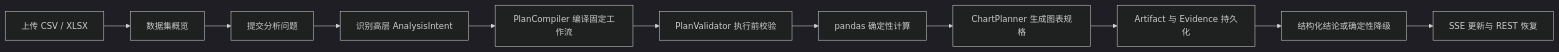
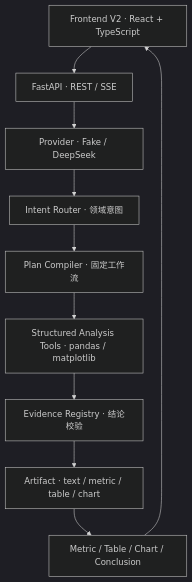
The diagram in README.md (SiHuoqwq/ai-data-analyst), drawn with Mermaid (dark theme) before and after one commit. The commit also changed other lines of this file, not shown here.

````diff
--- a/README.md
+++ b/README.md
@@ -52,13 +72,22 @@
 ```mermaid
-flowchart LR
-    A["上传 CSV / XLSX"] --> B["数据集概览"]
-    B --> C["提交分析问题"]
-    C --> D["识别高层 AnalysisIntent"]
-    D --> E["PlanCompiler 编译固定工作流"]
-    E --> F["PlanValidator 执行前校验"]
-    F --> G["pandas 确定性计算"]
-    G --> H["ChartPlanner 生成图表规格"]
-    H --> I["Artifact 与 Evidence 持久化"]
-    I --> J["结构化结论或确定性降级"]
-    J --> K["SSE 更新与 REST 恢复"]
+flowchart TB
+    UI["Frontend V2 · React + TypeScript"]
+    API["FastAPI · REST / SSE"]
+    PROVIDER["Provider · Fake / DeepSeek"]
+    INTENT["Intent Router · 领域意图"]
+    PLAN["Plan Compiler · 固定工作流"]
+    TOOLS["Structured Analysis Tools · pandas / matplotlib"]
+    EVIDENCE["Evidence Registry · 结论校验"]
+    ARTIFACT["Artifact · text / metric / table / chart"]
+    RESULT["Metric / Table / Chart / Conclusion"]
+
+    UI --> API
+    API --> PROVIDER
+    PROVIDER --> INTENT
+    INTENT --> PLAN
+    PLAN --> TOOLS
+    TOOLS --> EVIDENCE
+    EVIDENCE --> ARTIFACT
+    ARTIFACT --> RESULT
+    RESULT --> UI
 ```
````
